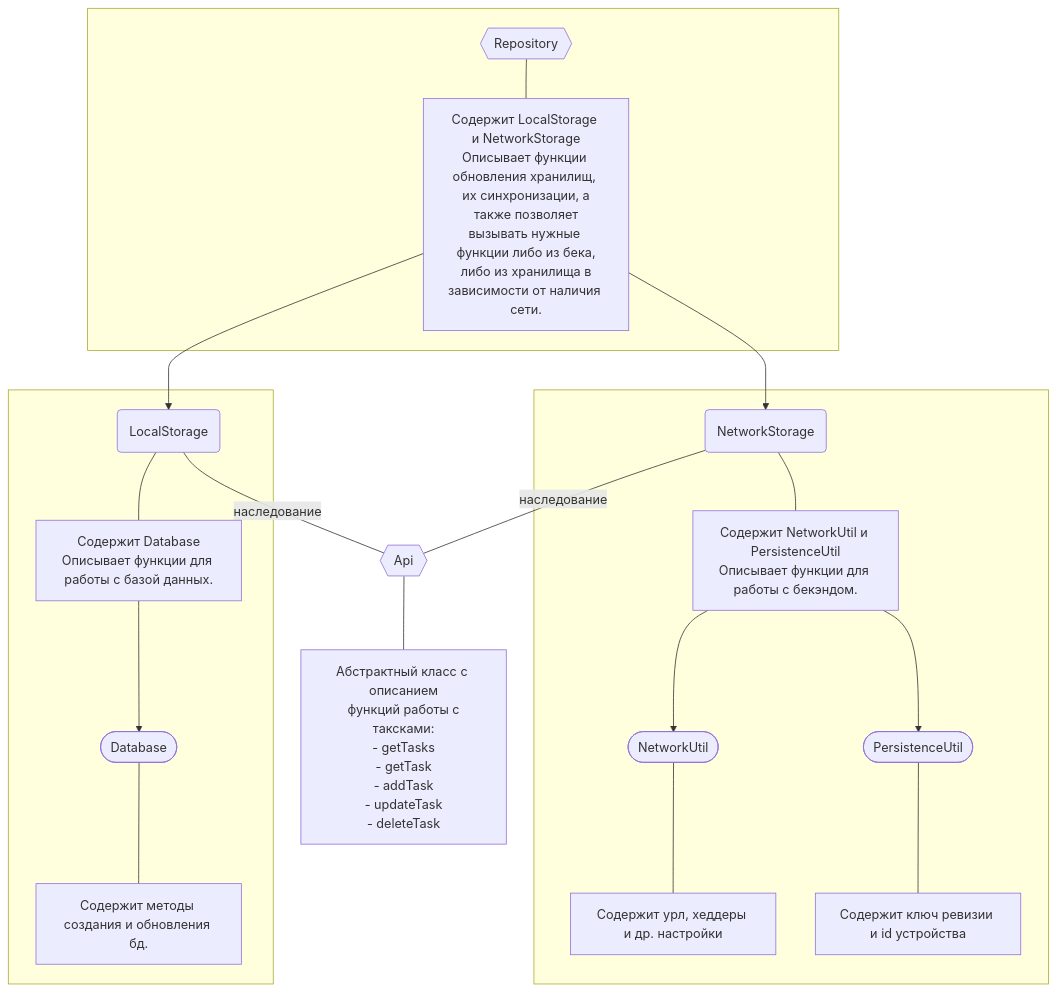
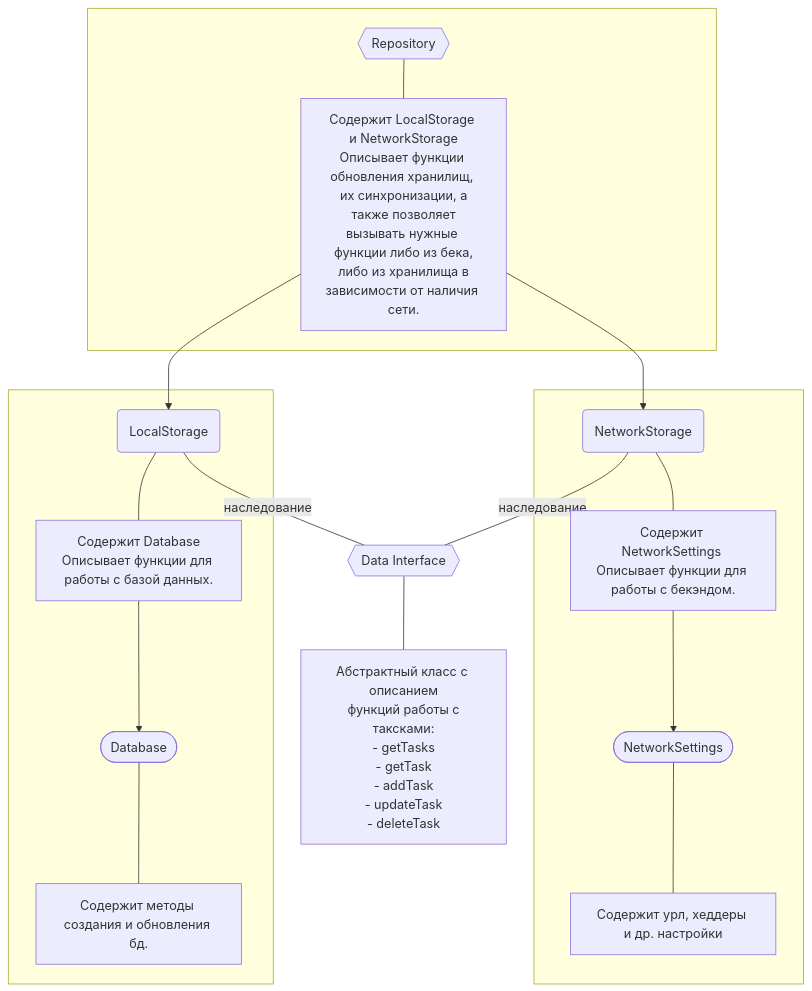
One commit to goliksim/Ya-Tasks changed the diagram in ya_todolist/lib/feature/task/data/repository/Repository Structure.md. Above: the diagram before and after it, drawn with Mermaid. The commit also changed 162 other files, not shown here.

````diff
--- a/ya_todolist/lib/feature/task/data/repository/Repository Structure.md
+++ b/ya_todolist/lib/feature/task/data/repository/Repository Structure.md
@@ -2,25 +2,24 @@
 ```mermaid
 flowchart TD
 	subgraph   
 	Rep{{Repository}} --- Rep_dis[Содержит LocalStorage и NetworkStorage\nОписывает функции обновления хранилищ, их синхронизации, а\n также позволяет вызывать нужные функции либо из бека,\n либо из хранилища в зависимости от наличия сети.] ; 
 	end;
 	Rep_dis --> LS(LocalStorage) & NS(NetworkStorage);
 	
-	LS & NS ---| наследование | Api{{Api}} ;
+	LS & NS ---| наследование | Api{{Data Interface}} ;
 	Api --- Api_dis[Абстрактный класс с описанием\n функций работы с таксками:\n- getTasks\n- getTask\n- addTask\n- updateTask\n- deleteTask] ;
 	
 	subgraph  
-	NS --- NS_dis[Содержит NetworkUtil и PersistenceUtil\nОписывает функции для работы с бекэндом.];
-	NS_dis --> NU([NetworkUtil]) & PU([PersistenceUtil]);
+	NS --- NS_dis[Содержит NetworkSettings \nОписывает функции для работы с бекэндом.];
+	NS_dis --> NU([NetworkSettings]) ;
 	NU --- NU_dis[Cодержит урл, хеддеры и др. настройки];
-	PU --- PU_dis[Содержит ключ ревизии и id устройства];
 	end;
 	
 	subgraph  
 	LS --- LS_dis[Содержит Database\nОписывает функции для работы с базой данных.];
 	LS_dis --> BD([Database]);
 	BD --- BD_dis[Cодержит методы создания и обновления бд.];
 	end;
     
 	
 ```
````
